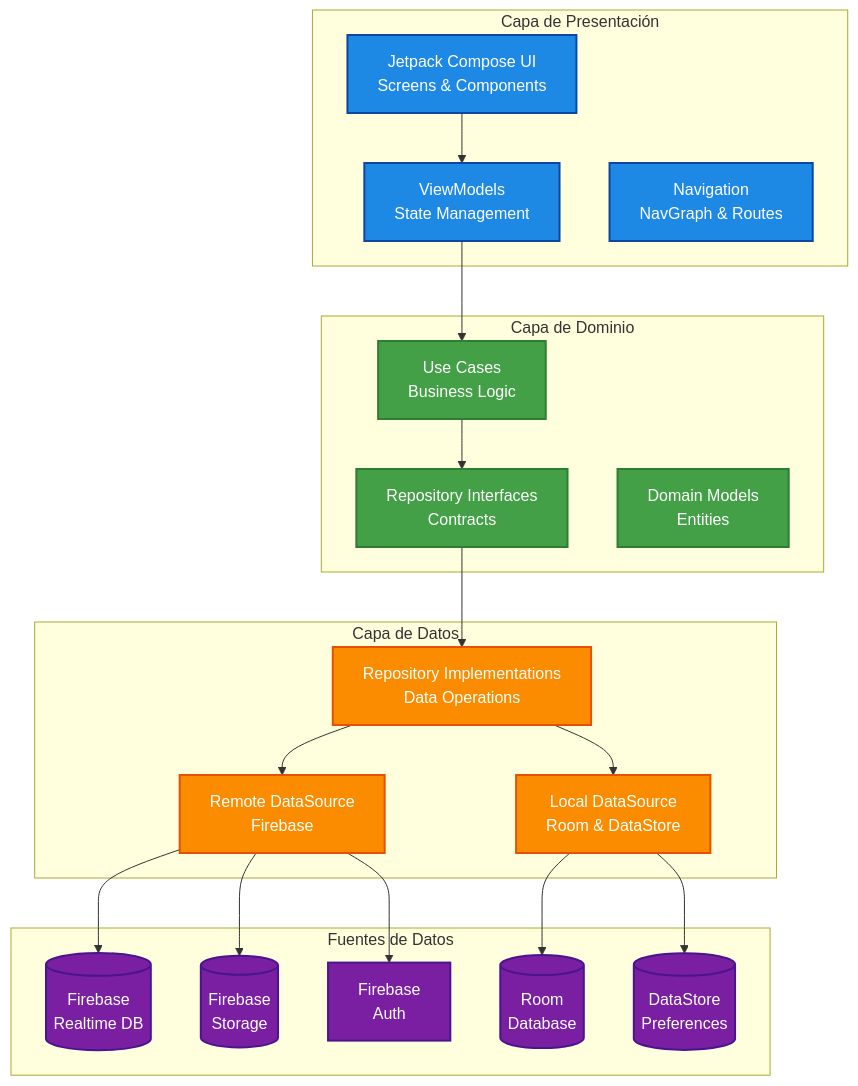
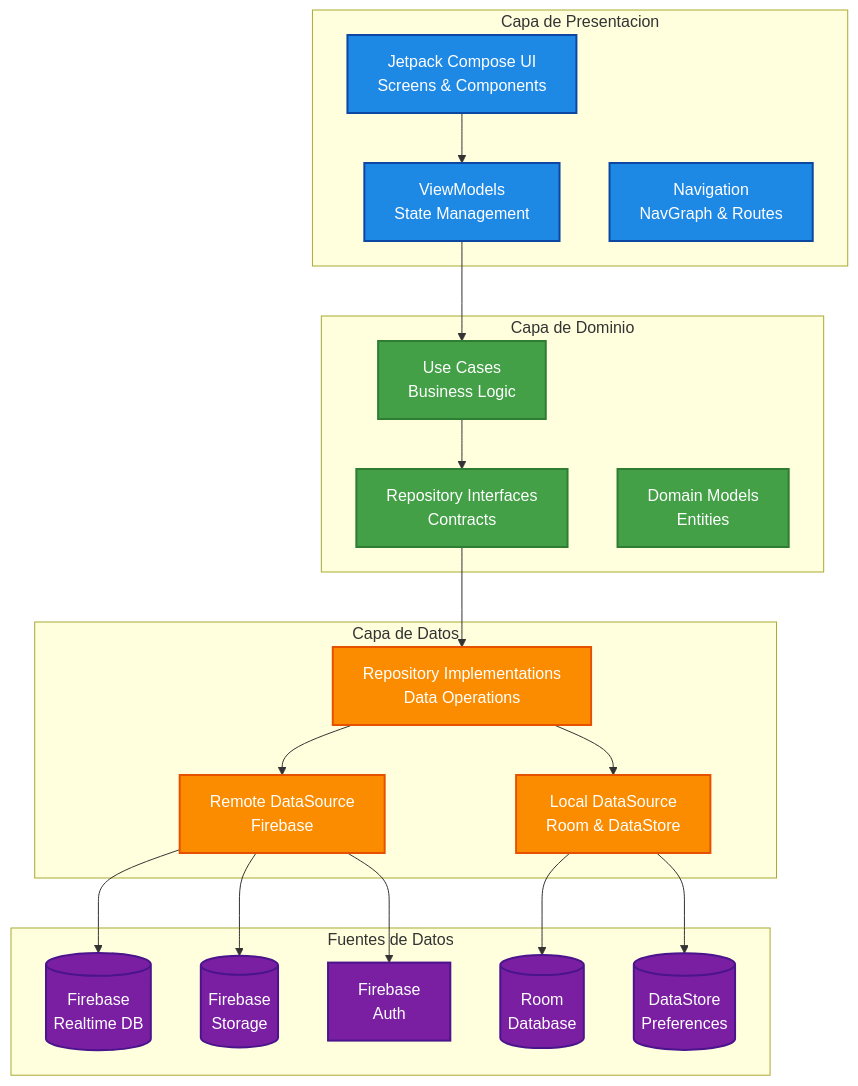
The first of 6 diagrams in README.md (Azelmods677/NexusChat), drawn with Mermaid before and after one commit. The commit also changed other lines of this file and 13 other files, not shown here.

````diff
--- a/README.md
+++ b/README.md
@@ -82,50 +82,50 @@
 ```mermaid
 graph TB
-    subgraph "Capa de Presentación"
+    subgraph "Capa de Presentacion"
         UI[Jetpack Compose UI<br/>Screens & Components]
         VM[ViewModels<br/>State Management]
         NAV[Navigation<br/>NavGraph & Routes]
     end
     
     subgraph "Capa de Dominio"
         UC[Use Cases<br/>Business Logic]
         REPO_INT[Repository Interfaces<br/>Contracts]
         MODELS[Domain Models<br/>Entities]
     end
     
     subgraph "Capa de Datos"
         REPO[Repository Implementations<br/>Data Operations]
         DS_REMOTE[Remote DataSource<br/>Firebase]
         DS_LOCAL[Local DataSource<br/>Room & DataStore]
     end
     
     subgraph "Fuentes de Datos"
         FB_DB[(Firebase<br/>Realtime DB)]
         FB_STORAGE[(Firebase<br/>Storage)]
         FB_AUTH[Firebase<br/>Auth]
         ROOM[(Room<br/>Database)]
         DATASTORE[(DataStore<br/>Preferences)]
     end
     
     UI --> VM
     VM --> UC
     UC --> REPO_INT
     REPO_INT --> REPO
     REPO --> DS_REMOTE
     REPO --> DS_LOCAL
     DS_REMOTE --> FB_DB
     DS_REMOTE --> FB_STORAGE
     DS_REMOTE --> FB_AUTH
     DS_LOCAL --> ROOM
     DS_LOCAL --> DATASTORE
     
     classDef presentacion fill:#1e88e5,stroke:#0d47a1,stroke-width:2px,color:#fff
     classDef dominio fill:#43a047,stroke:#2e7d32,stroke-width:2px,color:#fff
     classDef datos fill:#fb8c00,stroke:#e65100,stroke-width:2px,color:#fff
     classDef fuentes fill:#7b1fa2,stroke:#4a148c,stroke-width:2px,color:#fff
     
     class UI,VM,NAV presentacion
     class UC,REPO_INT,MODELS dominio
     class REPO,DS_REMOTE,DS_LOCAL datos
     class FB_DB,FB_STORAGE,FB_AUTH,ROOM,DATASTORE fuentes
 ```
````
